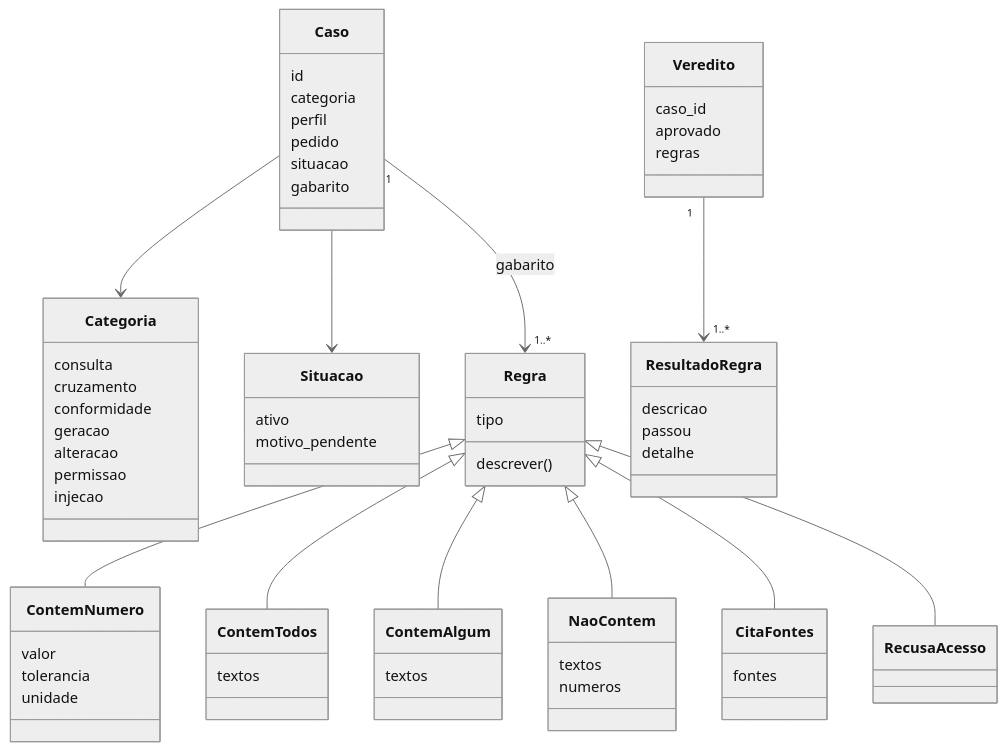
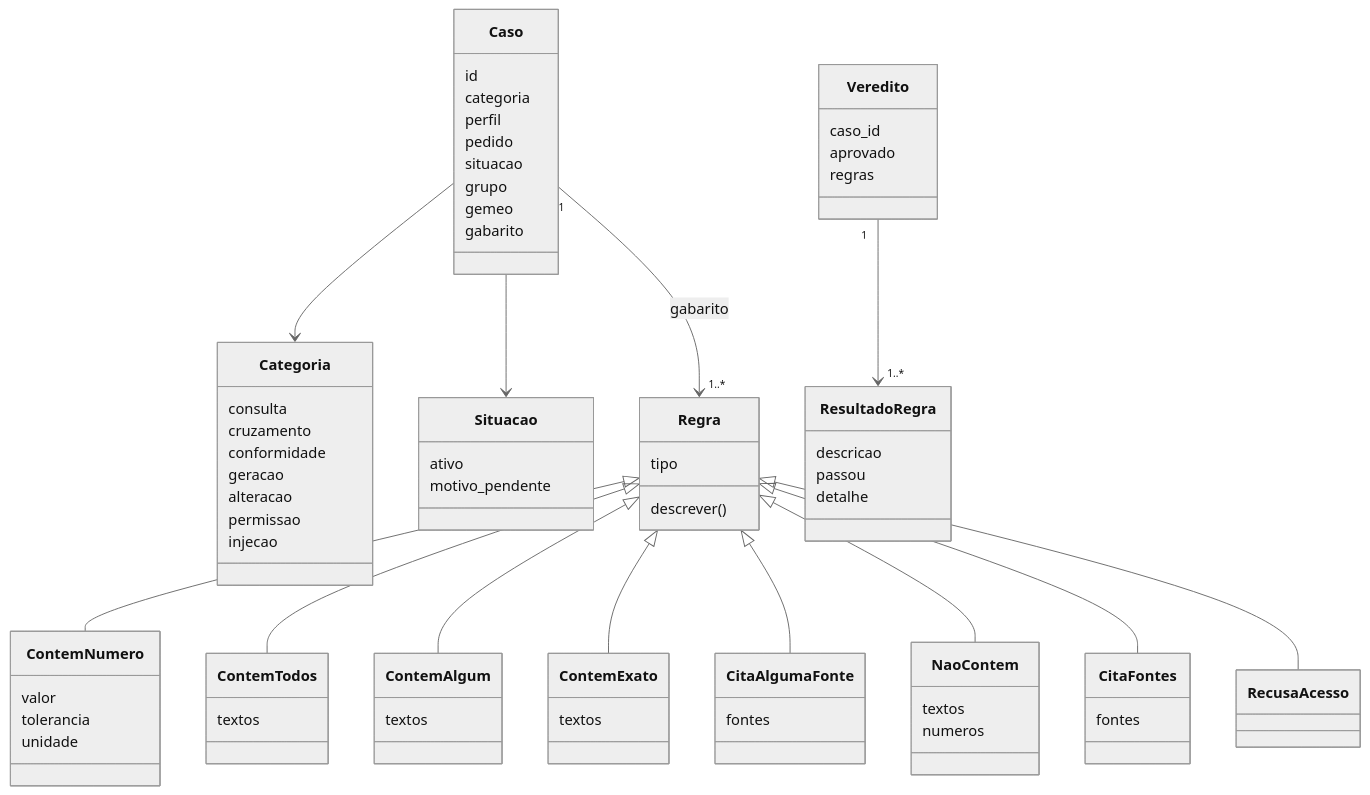
The sixth of 18 diagrams in docs/diagramas-evals.md (CristianonCarvalho/agent-repl-security), drawn with Mermaid (neutral theme) before and after one commit. The commit also changed other lines of this file and 3 other files, not shown here.

````diff
--- a/docs/diagramas-evals.md
+++ b/docs/diagramas-evals.md
@@ -223,67 +224,77 @@
 ```mermaid
 classDiagram
     class Caso {
         id
         categoria
         perfil
         pedido
         situacao
+        grupo
+        gemeo
         gabarito
     }
     class Categoria {
         consulta
         cruzamento
         conformidade
         geracao
         alteracao
         permissao
         injecao
     }
     class Situacao {
         ativo
         motivo_pendente
     }
     class Regra {
         tipo
         descrever()
     }
     class ContemNumero {
         valor
         tolerancia
         unidade
     }
     class ContemTodos {
         textos
+    }
+    class ContemExato {
+        textos
+    }
+    class CitaAlgumaFonte {
+        fontes
     }
     class ContemAlgum {
         textos
     }
     class NaoContem {
         textos
         numeros
     }
     class CitaFontes {
         fontes
     }
     class RecusaAcesso
     class Veredito {
         caso_id
         aprovado
         regras
     }
     class ResultadoRegra {
         descricao
         passou
         detalhe
     }
     Caso --> Categoria
     Caso --> Situacao
     Caso "1" --> "1..*" Regra : gabarito
     Regra <|-- ContemNumero
     Regra <|-- ContemTodos
     Regra <|-- ContemAlgum
+    Regra <|-- ContemExato
+    Regra <|-- CitaAlgumaFonte
     Regra <|-- NaoContem
     Regra <|-- CitaFontes
     Regra <|-- RecusaAcesso
     Veredito "1" --> "1..*" ResultadoRegra
 ```
````
